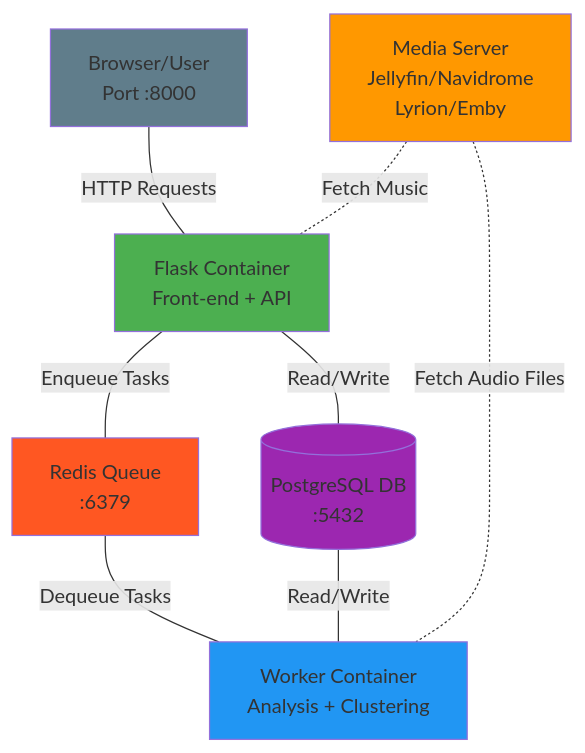
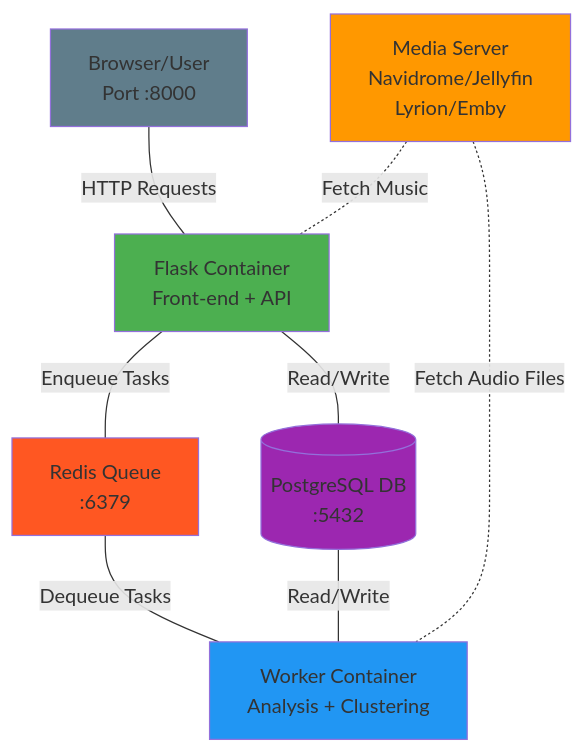
One commit to NeptuneHub/AudioMuse-AI changed the diagram in docs/ARCHITECTURE.md. Above: the diagram before and after it, drawn with Mermaid. The commit also changed other lines of this file and 8 other files, not shown here.

````diff
--- a/docs/ARCHITECTURE.md
+++ b/docs/ARCHITECTURE.md
@@ -9,20 +9,20 @@
 ```mermaid
 graph TB
     User[Browser/User<br/>Port :8000] ---|HTTP Requests| Flask[Flask Container<br/>Front-end + API]
     
     Flask ---|Enqueue Tasks| Redis[Redis Queue<br/>:6379]
     Flask ---|Read/Write| PostgreSQL[(PostgreSQL DB<br/>:5432)]
     
     Redis ---|Dequeue Tasks| Worker[Worker Container<br/>Analysis + Clustering]
     PostgreSQL ---|Read/Write| Worker
     
-    MediaServer[Media Server<br/>Jellyfin/Navidrome<br/>Lyrion/Emby] -.-|Fetch Music| Flask
+    MediaServer[Media Server<br/>Navidrome/Jellyfin<br/>Lyrion/Emby] -.-|Fetch Music| Flask
     MediaServer -.-|Fetch Audio Files| Worker
     
     style User fill:#607D8B
     style Flask fill:#4CAF50
     style Redis fill:#FF5722
     style PostgreSQL fill:#9C27B0
     style Worker fill:#2196F3
     style MediaServer fill:#FF9800
 ```
````
